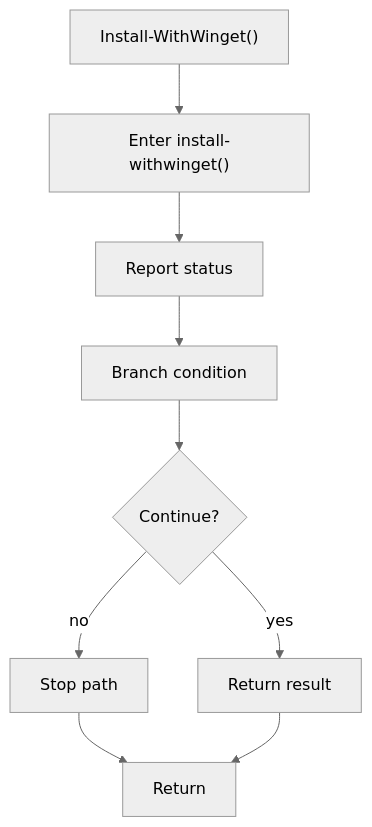
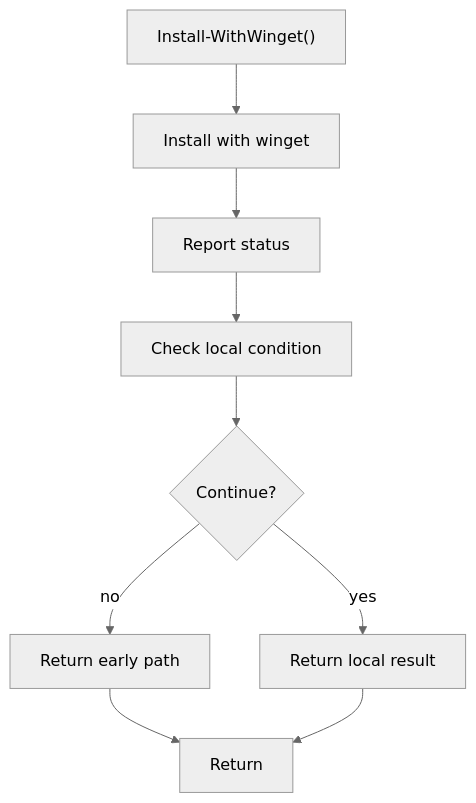
The diagram in docs/Codebase/Infrastructure/session-orchestration/bootstrap_and_deploy/functions/install_withwinget.ps1.md (JohnAndrewBalbarosa/NeoTerritory), drawn with Mermaid (neutral theme) before and after one commit. The commit also changed other lines of this file and 925 other files, not shown here.

````diff
--- a/docs/Codebase/Infrastructure/session-orchestration/bootstrap_and_deploy/functions/install_withwinget.ps1.md
+++ b/docs/Codebase/Infrastructure/session-orchestration/bootstrap_and_deploy/functions/install_withwinget.ps1.md
@@ -18,19 +18,19 @@
 ```mermaid
 flowchart TD
     Start["Install-WithWinget()"]
-    N0["Enter install-withwinget()"]
+    N0["Install with winget"]
     N1["Report status"]
-    N2["Branch condition"]
+    N2["Check local condition"]
     D2{"Continue?"}
-    R2["Stop path"]
-    N3["Return result"]
+    R2["Return early path"]
+    N3["Return local result"]
     End["Return"]
     Start --> N0
     N0 --> N1
     N1 --> N2
     N2 --> D2
     D2 -->|yes| N3
     D2 -->|no| R2
     R2 --> End
     N3 --> End
 ```
````
